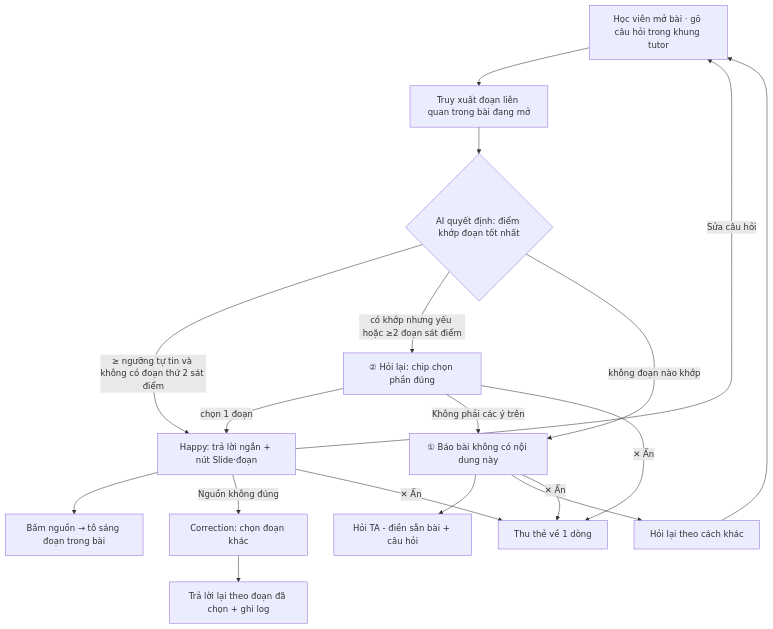
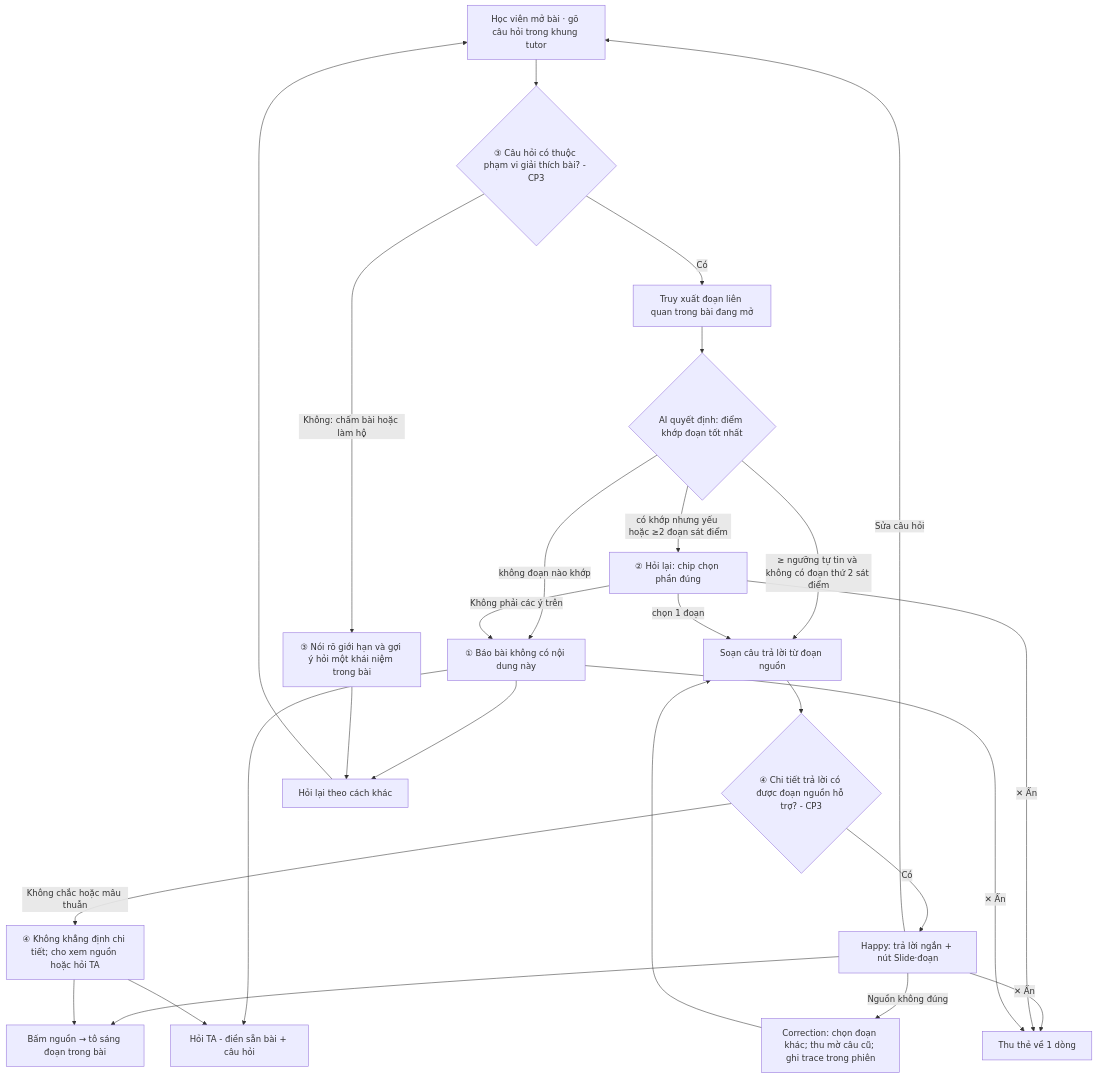
Before and after one commit to Nhatcony0902/K4-3B-E403-Toosweet: the diagram in codebase/spec.md, drawn with Mermaid. The commit also changed other lines of this file, not shown here.

Commit message:
docs: show scope and domain checks in tutor flow

````diff
--- a/codebase/spec.md
+++ b/codebase/spec.md
@@ -56,16 +56,24 @@
 ```mermaid
 flowchart TD
-  A[Học viên mở bài · gõ câu hỏi trong khung tutor] --> B[Truy xuất đoạn liên quan trong bài đang mở]
+  A[Học viên mở bài · gõ câu hỏi trong khung tutor] --> S{③ Câu hỏi có thuộc phạm vi giải thích bài? - CP3}
+  S -->|Không: chấm bài hoặc làm hộ| O[③ Nói rõ giới hạn và gợi ý hỏi một khái niệm trong bài]
+  S -->|Có| B[Truy xuất đoạn liên quan trong bài đang mở]
   B --> C{AI quyết định: điểm khớp đoạn tốt nhất}
-  C -->|≥ ngưỡng tự tin và không có đoạn thứ 2 sát điểm| H[Happy: trả lời ngắn + nút Slide·đoạn]
+  C -->|≥ ngưỡng tự tin và không có đoạn thứ 2 sát điểm| P[Soạn câu trả lời từ đoạn nguồn]
+  P --> V{④ Chi tiết trả lời có được đoạn nguồn hỗ trợ? - CP3}
+  V -->|Có| H[Happy: trả lời ngắn + nút Slide·đoạn]
+  V -->|Không chắc hoặc mâu thuẫn| E[④ Không khẳng định chi tiết; cho xem nguồn hoặc hỏi TA]
   C -->|có khớp nhưng yếu hoặc ≥2 đoạn sát điểm| L[② Hỏi lại: chip chọn phần đúng]
   C -->|không đoạn nào khớp| F[① Báo bài không có nội dung này]
-  L -->|chọn 1 đoạn| H
+  L -->|chọn 1 đoạn| P
   L -->|Không phải các ý trên| F
   F --> T[Hỏi TA - điền sẵn bài + câu hỏi]
   F --> R[Hỏi lại theo cách khác] --> A
+  O --> R
+  E --> T
   H --> K[Bấm nguồn → tô sáng đoạn trong bài]
-  H -->|Nguồn không đúng| X[Correction: chọn đoạn khác] --> H2[Trả lời lại theo đoạn đã chọn + ghi log]
+  E --> K
+  H -->|Nguồn không đúng| X[Correction: chọn đoạn khác; thu mờ câu cũ; ghi trace trong phiên] --> P
   H -->|Sửa câu hỏi| A
   H & L & F -->|✕ Ẩn| D[Thu thẻ về 1 dòng]
 ```
````
